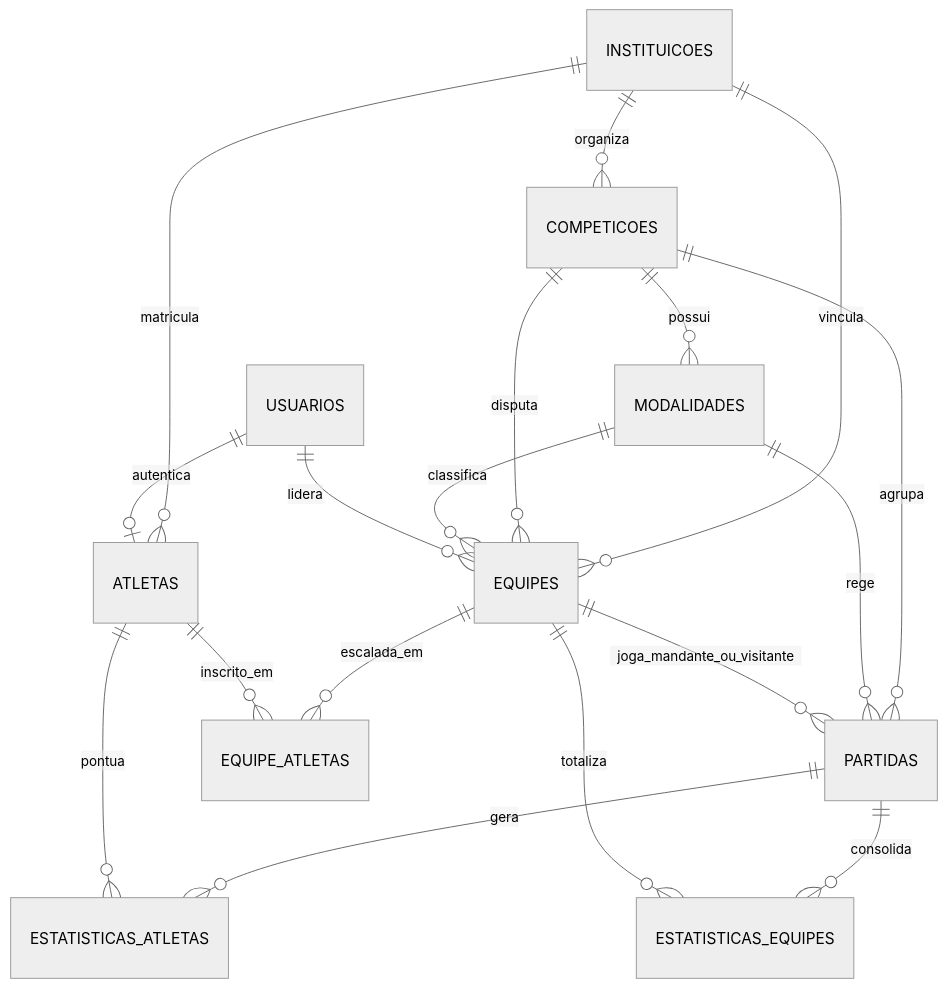
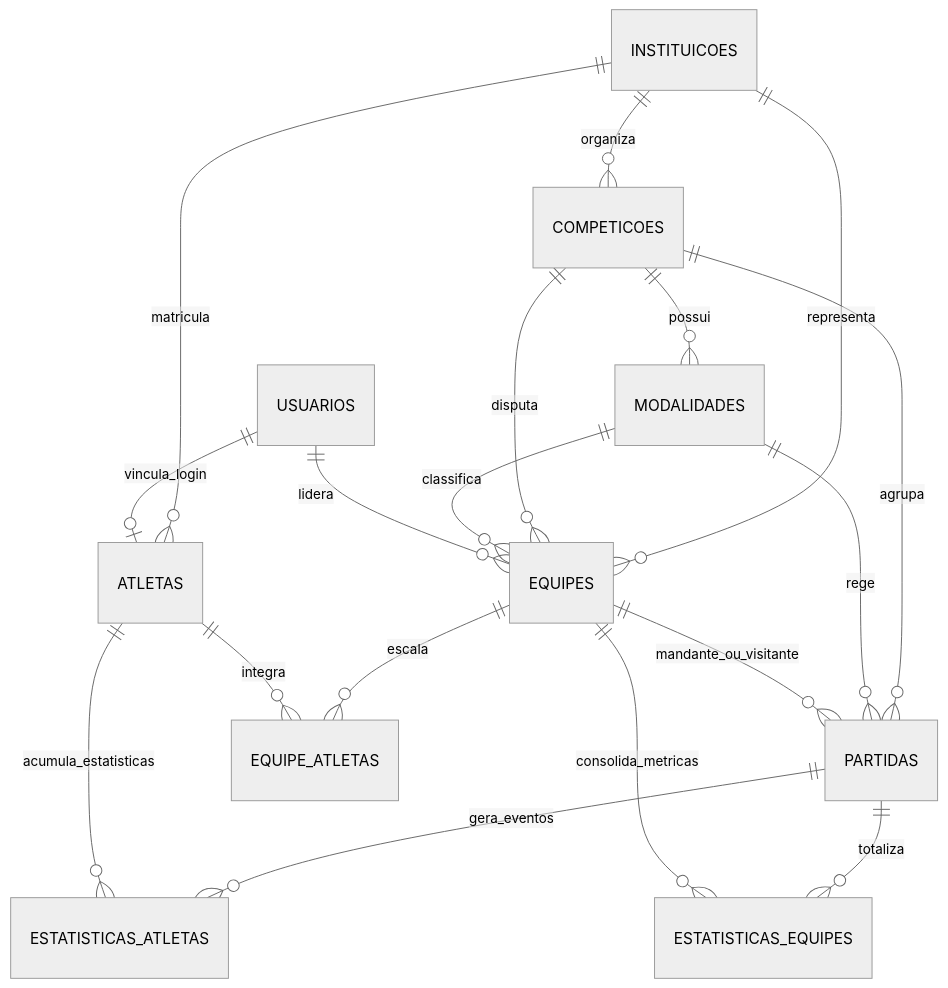
Before and after one commit to arthurgimax/JIF-: the diagram in spec.md, drawn with Mermaid (neutral theme). The commit also changed other lines of this file, not shown here.

````diff
--- a/spec.md
+++ b/spec.md
@@ -173,20 +328,20 @@
 ```mermaid
 erDiagram
-    INSTITUICOES ||--o{ COMPETICOES : organiza
-    INSTITUICOES ||--o{ EQUIPES : vincula
-    INSTITUICOES ||--o{ ATLETAS : matricula
-    COMPETICOES ||--o{ MODALIDADES : possui
-    COMPETICOES ||--o{ EQUIPES : disputa
-    COMPETICOES ||--o{ PARTIDAS : agrupa
-    MODALIDADES ||--o{ EQUIPES : classifica
-    MODALIDADES ||--o{ PARTIDAS : rege
-    USUARIOS ||--o{ EQUIPES : lidera
-    USUARIOS ||--o| ATLETAS : autentica
-    EQUIPES ||--o{ EQUIPE_ATLETAS : escalada_em
-    ATLETAS ||--o{ EQUIPE_ATLETAS : inscrito_em
-    EQUIPES ||--o{ PARTIDAS : joga_mandante_ou_visitante
-    PARTIDAS ||--o{ ESTATISTICAS_ATLETAS : gera
-    ATLETAS ||--o{ ESTATISTICAS_ATLETAS : pontua
-    PARTIDAS ||--o{ ESTATISTICAS_EQUIPES : consolida
-    EQUIPES ||--o{ ESTATISTICAS_EQUIPES : totaliza
+    INSTITUICOES ||--o{ COMPETICOES : "organiza"
+    INSTITUICOES ||--o{ EQUIPES : "representa"
+    INSTITUICOES ||--o{ ATLETAS : "matricula"
+    COMPETICOES ||--o{ MODALIDADES : "possui"
+    COMPETICOES ||--o{ EQUIPES : "disputa"
+    COMPETICOES ||--o{ PARTIDAS : "agrupa"
+    MODALIDADES ||--o{ EQUIPES : "classifica"
+    MODALIDADES ||--o{ PARTIDAS : "rege"
+    USUARIOS ||--o{ EQUIPES : "lidera"
+    USUARIOS ||--o| ATLETAS : "vincula_login"
+    EQUIPES ||--o{ EQUIPE_ATLETAS : "escala"
+    ATLETAS ||--o{ EQUIPE_ATLETAS : "integra"
+    EQUIPES ||--o{ PARTIDAS : "mandante_ou_visitante"
+    PARTIDAS ||--o{ ESTATISTICAS_ATLETAS : "gera_eventos"
+    ATLETAS ||--o{ ESTATISTICAS_ATLETAS : "acumula_estatisticas"
+    PARTIDAS ||--o{ ESTATISTICAS_EQUIPES : "totaliza"
+    EQUIPES ||--o{ ESTATISTICAS_EQUIPES : "consolida_metricas"
 ```
````
